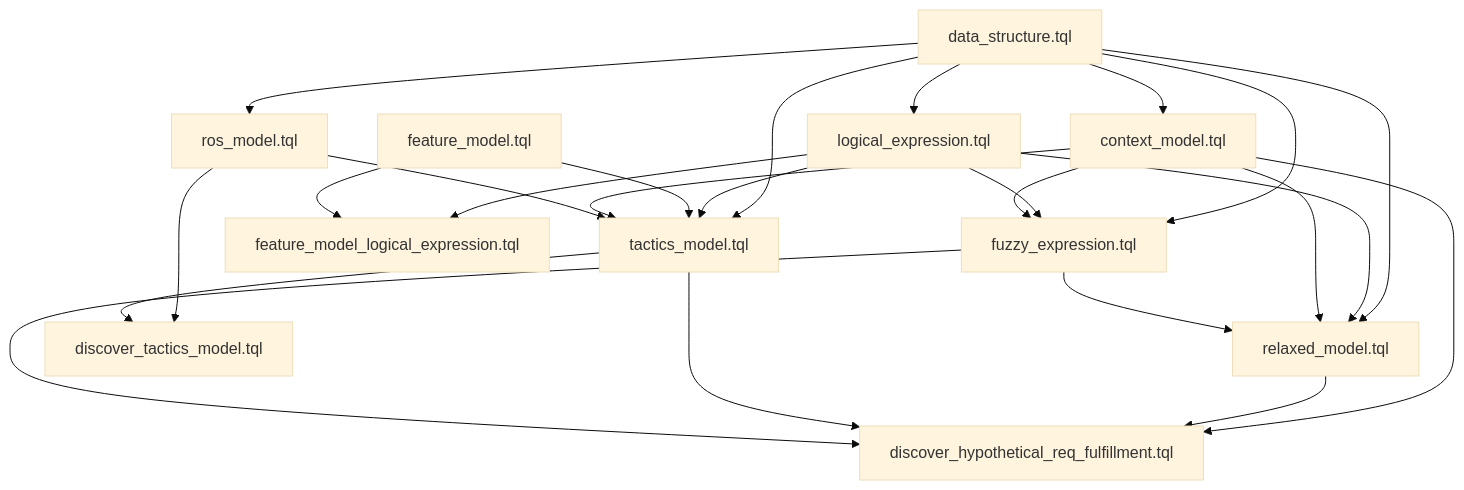
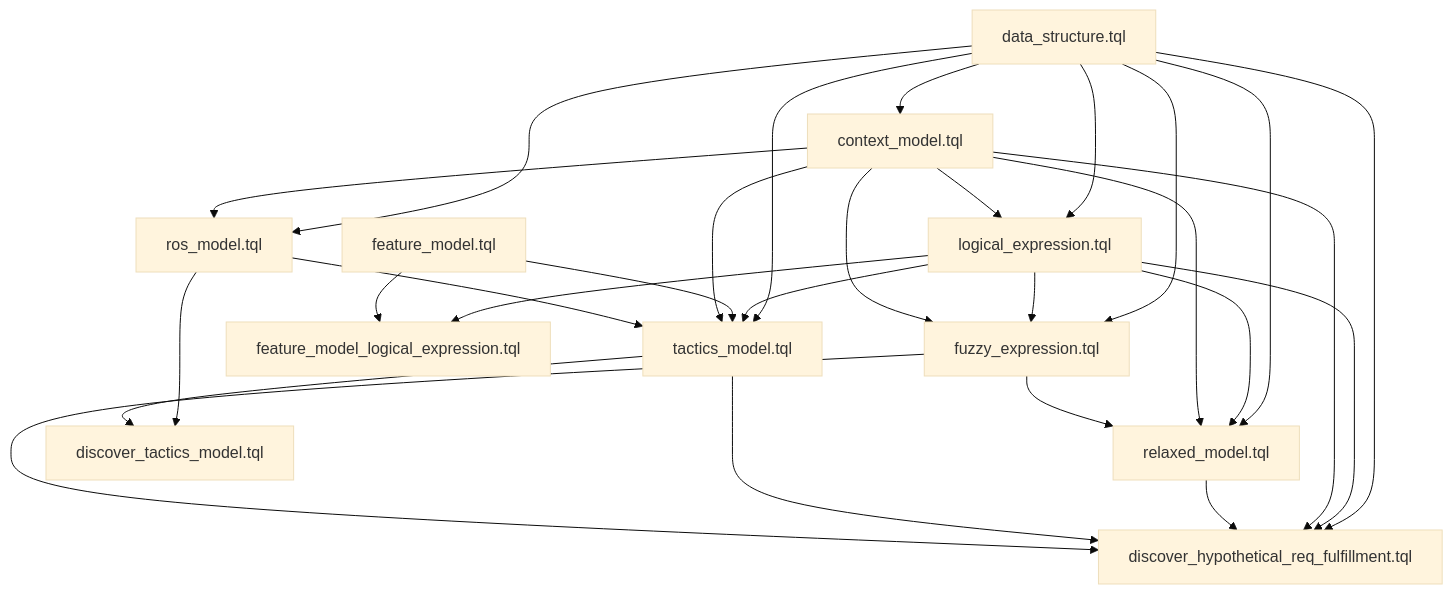
Before and after one commit to kas-lab/tactical_retreat_kb: the diagram in README.md, drawn with Mermaid (base theme).

Commit message:
Fix schema dependency graph in README

````diff
--- a/README.md
+++ b/README.md
@@ -9,44 +9,48 @@
 ```mermaid
 graph TB
     data_structure["data_structure.tql"]
     context["context_model.tql"]
     ros["ros_model.tql"]
     logical["logical_expression.tql"]
     fuzzy["fuzzy_expression.tql"]
     feature["feature_model.tql"]
     feature_logic["feature_model_logical_expression.tql"]
     relaxed["relaxed_model.tql"]
     tactics["tactics_model.tql"]
     discover["discover_tactics_model.tql"]
     discover_hypo["discover_hypothetical_req_fulfillment.tql"]
 
     data_structure --> context
     data_structure --> ros
     data_structure --> logical
     data_structure --> fuzzy
     data_structure --> relaxed
     data_structure --> tactics
+    data_structure --> discover_hypo
 
     logical --> fuzzy
     logical --> relaxed
     logical --> tactics
     logical --> feature_logic
+    logical --> discover_hypo
 
     feature --> feature_logic
     feature --> tactics
 
+    context --> ros
+    context --> logical
     context --> fuzzy
     context --> relaxed
     context --> tactics
     context --> discover_hypo
 
     ros --> tactics
     ros --> discover
 
     fuzzy --> relaxed
     relaxed --> discover_hypo
 
     tactics --> discover
     tactics --> discover_hypo
     fuzzy --> discover_hypo
 ```
````
